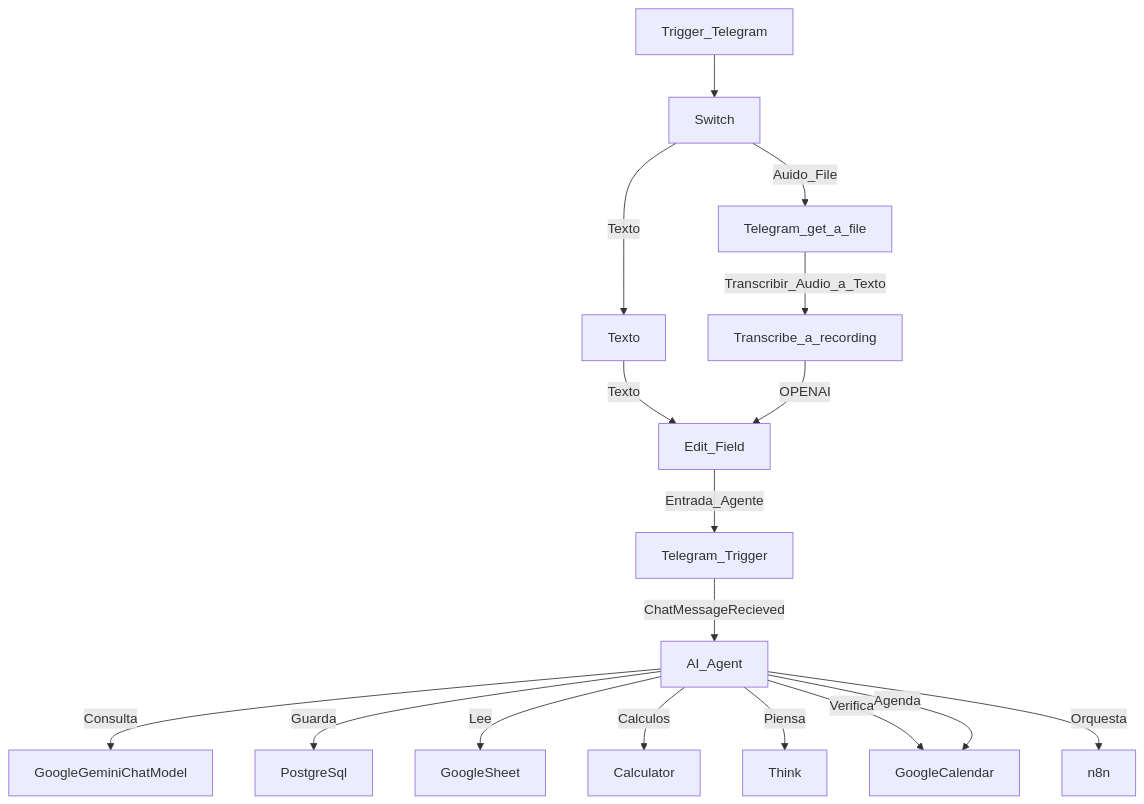
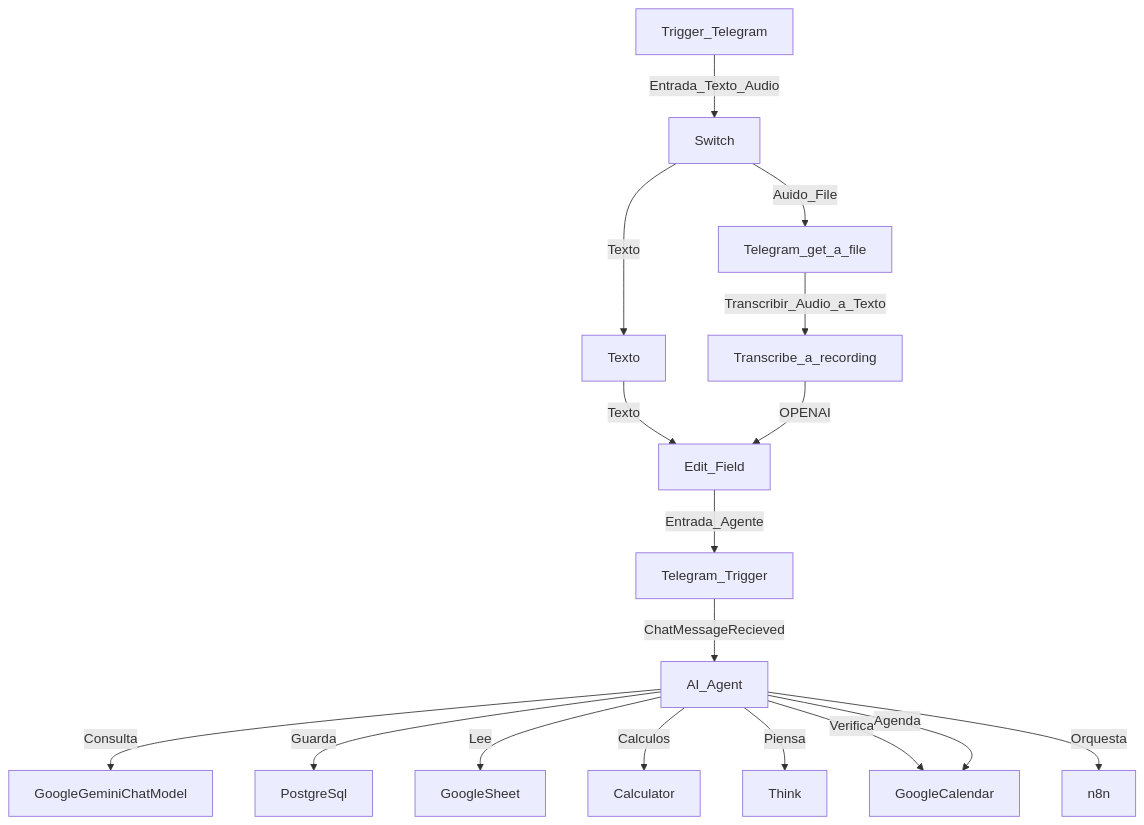
The diagram in README.md (liusvani/ia-agent-n8n-telegram), drawn with Mermaid before and after one commit.

Commit message:
README.md

````diff
--- a/README.md
+++ b/README.md
@@ -25,19 +25,19 @@
 ```mermaid
 graph TD
-    Trigger_Telegram --> Switch
+    Trigger_Telegram -->|Entrada_Texto_Audio| Switch
     Switch -->|Texto| Texto
     Switch -->|Auido_File| Telegram_get_a_file
     Telegram_get_a_file -->|Transcribir_Audio_a_Texto| Transcribe_a_recording
     Texto -->|Texto| Edit_Field
     Transcribe_a_recording -->|OPENAI| Edit_Field
     Edit_Field -->|Entrada_Agente| Telegram_Trigger
     Telegram_Trigger -->|ChatMessageRecieved| AI_Agent
     AI_Agent -->|Consulta| GoogleGeminiChatModel
     AI_Agent -->|Guarda| PostgreSql
     AI_Agent -->|Lee| GoogleSheet
     AI_Agent -->|Calculos| Calculator
     AI_Agent -->|Piensa| Think
     AI_Agent -->|Verifica| GoogleCalendar
     AI_Agent -->|Agenda| GoogleCalendar    
     AI_Agent -->|Orquesta| n8n
 ```
````
